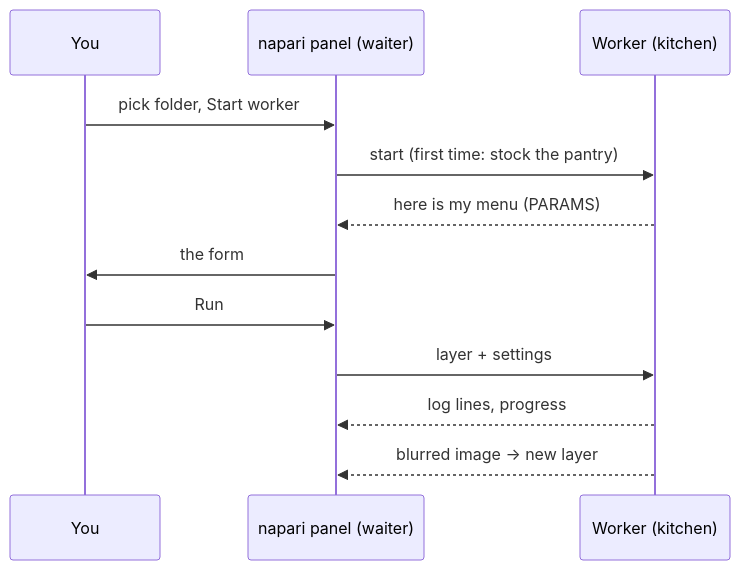
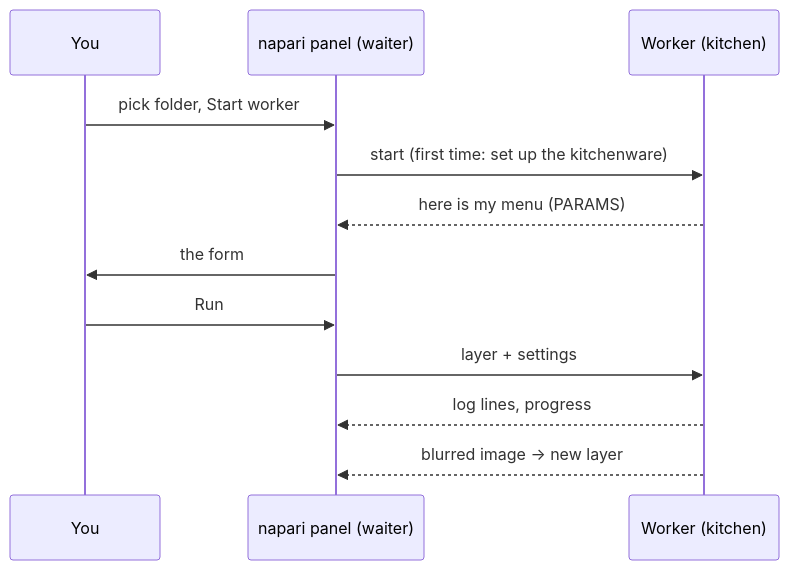
Before and after one commit to Oxford-Zeiss-Centre-of-Excellence/Wavu: the diagram in guide/napari/first-run.md, drawn with Mermaid. The commit also changed other lines of this file and 221 other files, not shown here.

````diff
--- a/guide/napari/first-run.md
+++ b/guide/napari/first-run.md
@@ -11,14 +11,14 @@
 ```mermaid
 sequenceDiagram
     participant You
     participant N as napari panel (waiter)
     participant W as Worker (kitchen)
     You->>N: pick folder, Start worker
-    N->>W: start (first time: stock the pantry)
+    N->>W: start (first time: set up the kitchenware)
     W-->>N: here is my menu (PARAMS)
     N->>You: the form
     You->>N: Run
     N->>W: layer + settings
     W-->>N: log lines, progress
     W-->>N: blurred image → new layer
 ```
````
